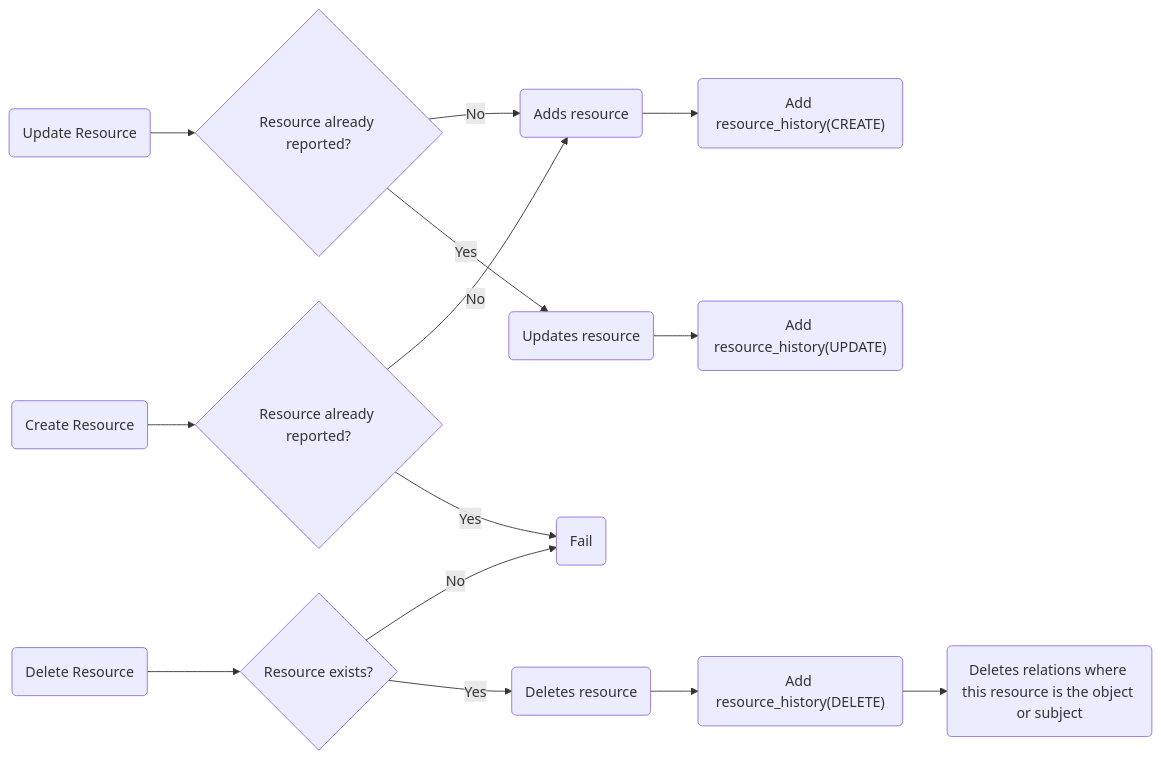
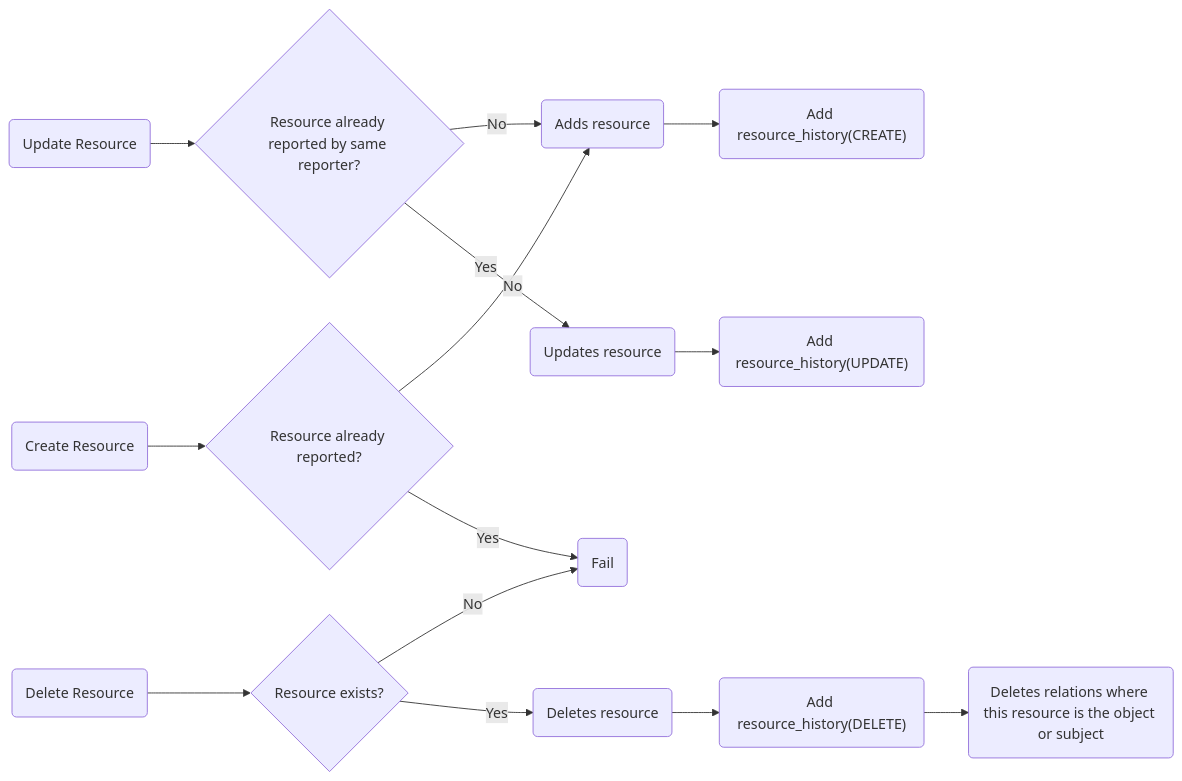
One commit to project-kessel/docs changed the second of 3 diagrams in src/content/docs/start-here/kessel-inventory.md. Above: the diagram before and after it, drawn with Mermaid. The commit also changed other lines of this file, not shown here.

Commit message:
Update wording to consider reporter in the diagram

````diff
--- a/src/content/docs/start-here/kessel-inventory.md
+++ b/src/content/docs/start-here/kessel-inventory.md
@@ -148,35 +148,35 @@
 ```mermaid
 flowchart LR
 %% Nodes
     CreateResource("Create Resource")
     CreateResourceExists{"Resource already reported?"}
     CreateResourceDo("Adds resource")
     CreateResourceHistory("Add resource_history(CREATE)")
 
     UpdateResource("Update Resource")
-    UpdateResourceExists{"Resource already reported?"}
+    UpdateResourceExists{"Resource already reported by same reporter?"}
     UpdateResourceDo("Updates resource")
     UpdateResourceHistory("Add resource_history(UPDATE)")
 
     DeleteResource("Delete Resource")
     DeleteResourceExists{"Resource exists?"}
     DeleteCopyResourceDo("Deletes resource")
     DeleteResourceHistory("Add resource_history(DELETE)")
     DeleteResourceRelationships("Deletes relations where this resource is the object or subject")
 
     Fail("Fail")
 
 %% Links
     
     CreateResource --> CreateResourceExists
     CreateResourceExists -- No --> CreateResourceDo --> CreateResourceHistory
     CreateResourceExists -- Yes --> Fail
 
     UpdateResource --> UpdateResourceExists
     UpdateResourceExists -- No --> CreateResourceDo
     UpdateResourceExists -- Yes --> UpdateResourceDo --> UpdateResourceHistory
 
     DeleteResource --> DeleteResourceExists
     DeleteResourceExists -- No --> Fail
     DeleteResourceExists -- Yes --> DeleteCopyResourceDo --> DeleteResourceHistory --> DeleteResourceRelationships
 ```
````
